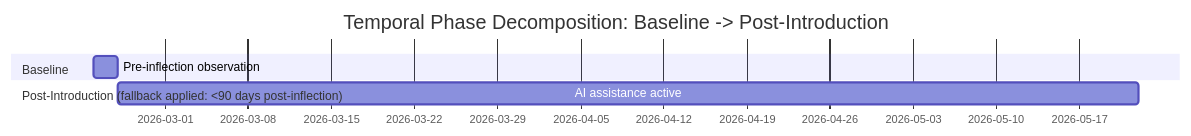
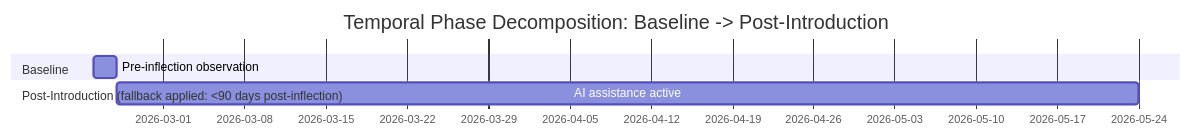
The diagram in blitzy/acceleration-report/diagrams/temporal-phases-timeline.mmd (Blitzy-Sandbox/blitzy-RudderStack), drawn with Mermaid before and after one commit. The commit also changed 17 other files, not shown here.

```diff
--- a/blitzy/acceleration-report/diagrams/temporal-phases-timeline.mmd
+++ b/blitzy/acceleration-report/diagrams/temporal-phases-timeline.mmd
@@ -1,21 +1,24 @@
 %% Title: Temporal Phase Decomposition: Baseline → Post-Introduction
 %% Legend:
 %%   Each bar represents a phase of the measurement window.
 %%   Baseline          = period from earliest commit (2026-02-23) to the AI inflection
 %%                       point (2026-02-25), used for "before" metric extraction.
 %%   Post-Introduction = period from the AI inflection point to the latest observed
-%%                       commit (2026-05-21), used for "after" metric extraction.
-%%   Fallback applied: post-introduction span is 86 days (< 90), so per AAP §0.5.6
+%%                       commit on main, used for "after" metric extraction.
+%%   Fallback applied: post-introduction span is <90 days, so per AAP §0.5.6
 %%   the Ramp-Up (first 90 days) vs Steady-State (90+ days) split is NOT shown.
+%%   The exact span (in days) for any given run is recorded in
+%%   data/metrics.json#_metadata.post_introduction_duration_days; this diagram
+%%   approximates it with a fixed bar length for visual stability across reruns.
 %%   This decision is logged as DL-006 in decision-log.md.
 %%   The AI inflection point was resolved via Tier 2 (AI-actor email pattern) detection;
 %%   the first agent@blitzy.com commit landed at 2026-02-25 02:58:59 UTC
 %%   (commit 803732e140796ac4db4343c22791025b6503885c).
 gantt
     title Temporal Phase Decomposition: Baseline -> Post-Introduction
     dateFormat  YYYY-MM-DD
     axisFormat  %Y-%m-%d
     section Baseline
     Pre-inflection observation    :baseline, 2026-02-23, 2d
     section Post-Introduction (fallback applied: <90 days post-inflection)
-    AI assistance active          :post, 2026-02-25, 86d
+    AI assistance active          :post, 2026-02-25, 88d
```
